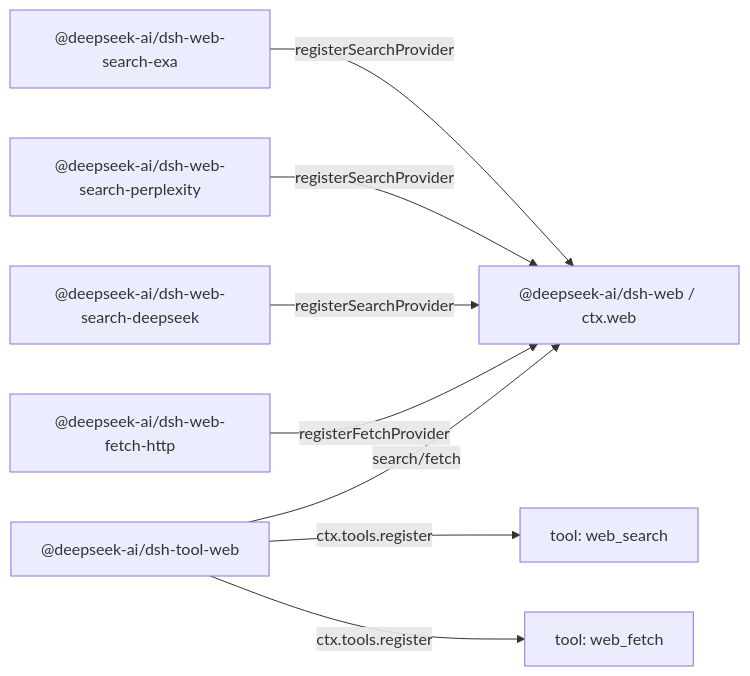
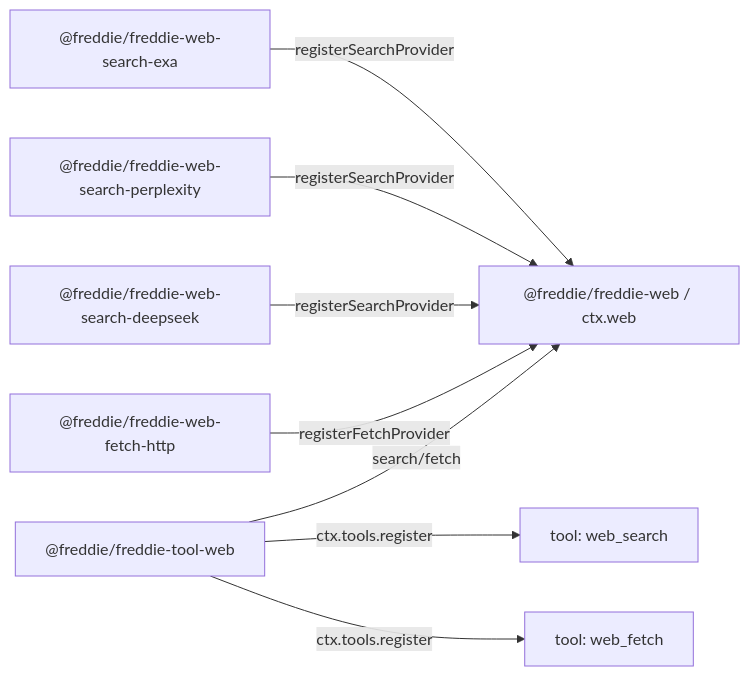
Before and after one commit to AnEntrypoint/deepseek-harness: the diagram in .agents/notes/implemented/architecture/2026-06-24-web-capability-seam.md, drawn with Mermaid. The commit also changed other lines of this file and 2153 other files, not shown here.

First line of the commit message:
Rename DSH/DeepSeek Harness brand identity to freddie

````diff
--- a/.agents/notes/implemented/architecture/2026-06-24-web-capability-seam.md
+++ b/.agents/notes/implemented/architecture/2026-06-24-web-capability-seam.md
@@ -56,10 +56,10 @@
 ```mermaid
 flowchart LR
-  exa["@deepseek-ai/dsh-web-search-exa"] -->|registerSearchProvider| web["@deepseek-ai/dsh-web / ctx.web"]
-  perplexity["@deepseek-ai/dsh-web-search-perplexity"] -->|registerSearchProvider| web
-  deepseek["@deepseek-ai/dsh-web-search-deepseek"] -->|registerSearchProvider| web
-  fetchLocal["@deepseek-ai/dsh-web-fetch-http"] -->|registerFetchProvider| web
-  toolWeb["@deepseek-ai/dsh-tool-web"] -->|search/fetch| web
+  exa["@freddie/freddie-web-search-exa"] -->|registerSearchProvider| web["@freddie/freddie-web / ctx.web"]
+  perplexity["@freddie/freddie-web-search-perplexity"] -->|registerSearchProvider| web
+  deepseek["@freddie/freddie-web-search-deepseek"] -->|registerSearchProvider| web
+  fetchLocal["@freddie/freddie-web-fetch-http"] -->|registerFetchProvider| web
+  toolWeb["@freddie/freddie-tool-web"] -->|search/fetch| web
   toolWeb -->|ctx.tools.register| webSearch["tool: web_search"]
   toolWeb -->|ctx.tools.register| webFetch["tool: web_fetch"]
 ```
````
